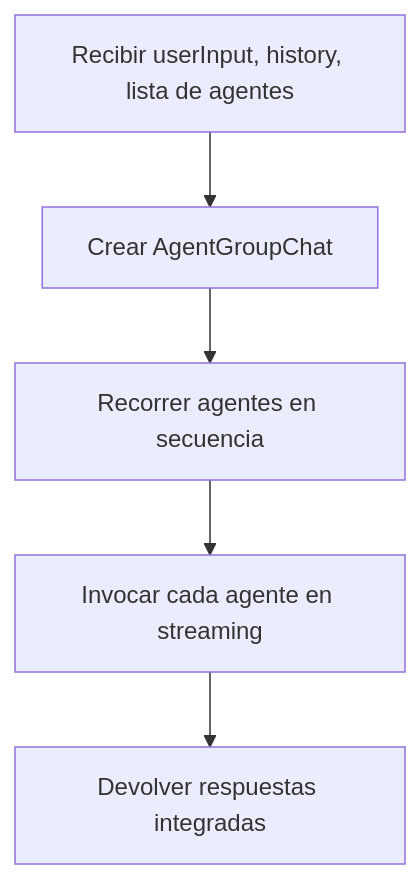
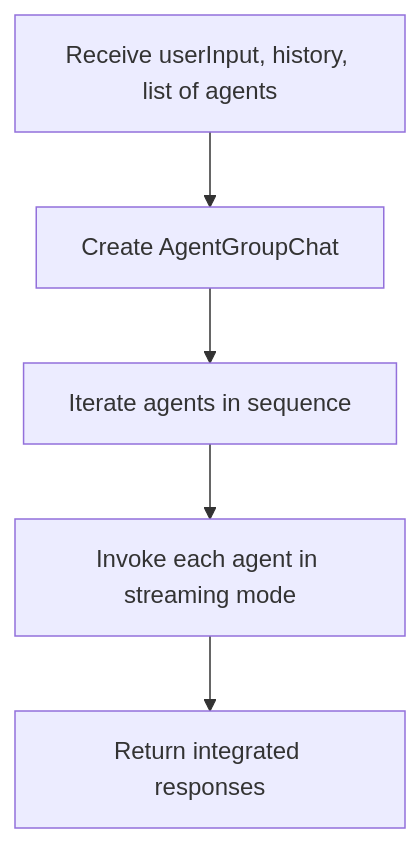
One commit to cfonseca23/CF.AspireApp.Llm changed the fourth of 7 diagrams in README.md. Above: the diagram before and after it, drawn with Mermaid. The commit also changed other lines of this file, not shown here.

Commit message:
Actualiza la sección de configuración y uso en README.md, mejora la claridad de los diagramas Mermaid y añade la sección de licencia.

````diff
--- a/README.md
+++ b/README.md
@@ -64,7 +59,7 @@
 ```mermaid
 flowchart TD
-    A[Recibir userInput, history, lista de agentes] --> B[Crear AgentGroupChat]
-    B --> C[Recorrer agentes en secuencia]
-    C --> D[Invocar cada agente en streaming]
-    D --> E[Devolver respuestas integradas]
+    A[Receive userInput, history, list of agents] --> B[Create AgentGroupChat]
+    B --> C[Iterate agents in sequence]
+    C --> D[Invoke each agent in streaming mode]
+    D --> E[Return integrated responses]
 ```
````
